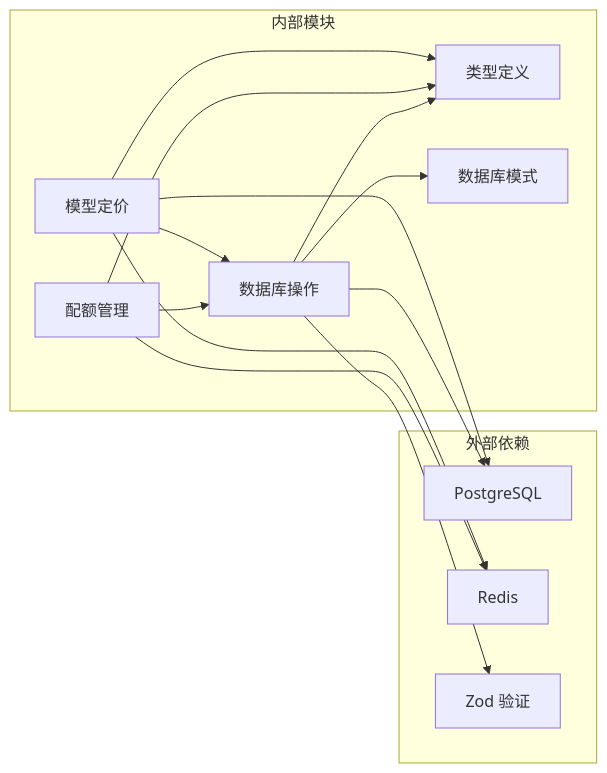
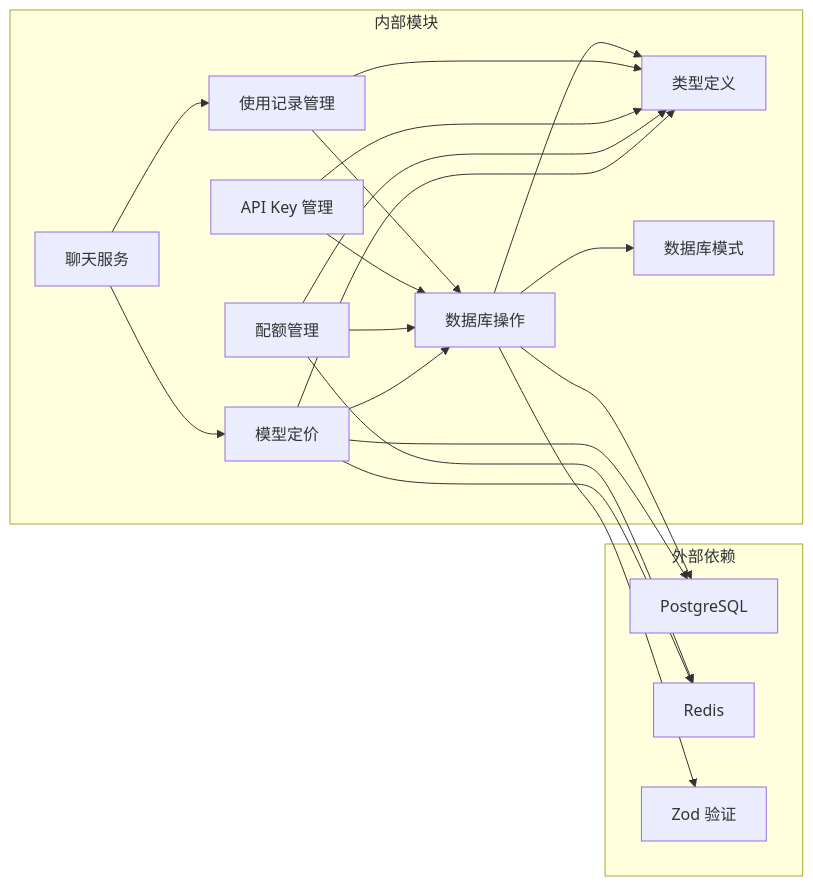
Before and after one commit to RadiumAg/AIGate: diagram 12 of 12 in .qoder/repowiki/zh/content/核心功能/模型定价系统.md, drawn with Mermaid. The commit also changed other lines of this file and 7 other files, not shown here.

First line of the commit message:
docs(model-pricing): 更新模型定价系统文档，新增 API Key 自定义定价支持

````diff
--- a/.qoder/repowiki/zh/content/核心功能/模型定价系统.md
+++ b/.qoder/repowiki/zh/content/核心功能/模型定价系统.md
@@ -339,26 +509,35 @@
 ```mermaid
 graph LR
 subgraph "外部依赖"
 PG[PostgreSQL]
 RedisD[Redis]
 Zod[Zod 验证]
 end
 subgraph "内部模块"
 MP[模型定价]
 QM[配额管理]
+AM[API Key 管理]
+UM[使用记录管理]
+CS[聊天服务]
 DB[数据库操作]
 Types[类型定义]
 Schema[数据库模式]
 end
 MP --> DB
 MP --> PG
 MP --> RedisD
 QM --> DB
 QM --> RedisD
+AM --> DB
+UM --> DB
+CS --> MP
+CS --> UM
 DB --> PG
 DB --> Schema
 MP --> Types
 QM --> Types
+AM --> Types
+UM --> Types
 DB --> Types
 DB --> Zod
 ```
````
